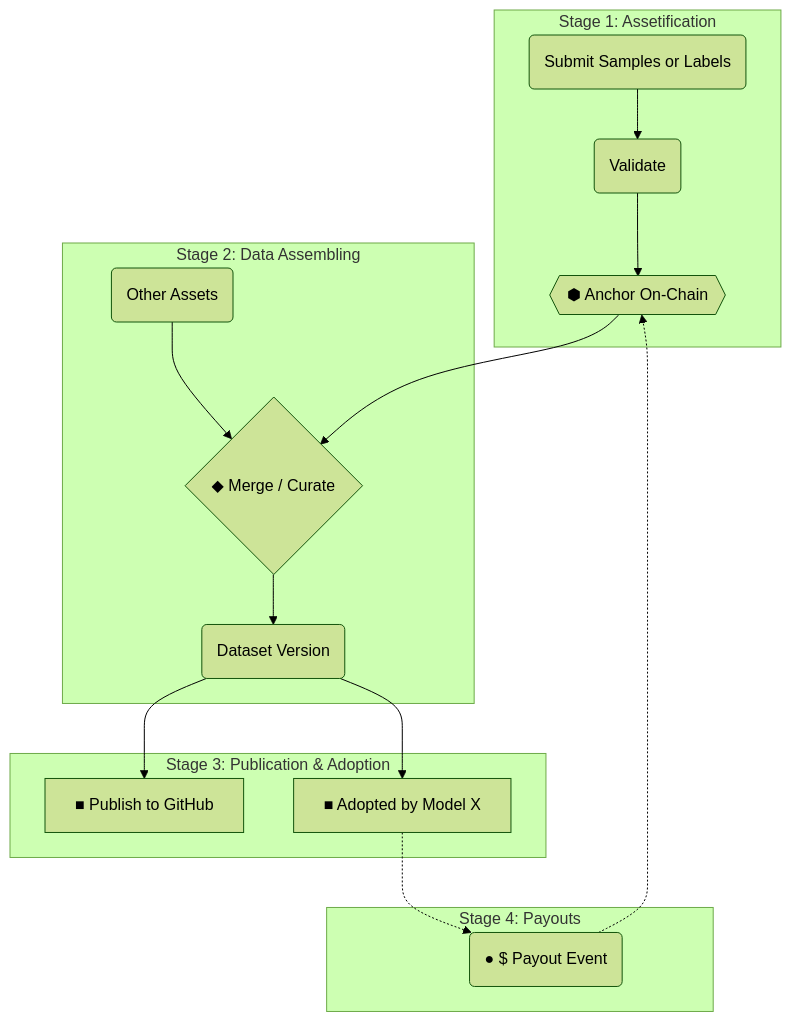
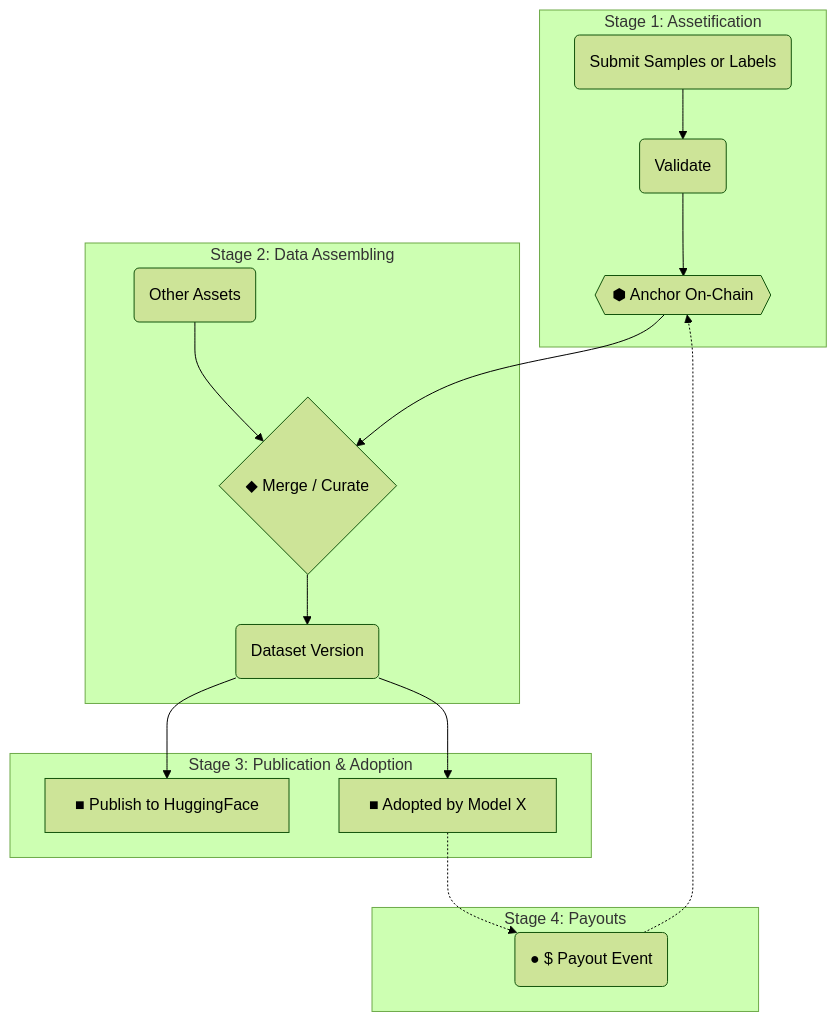
Before and after one commit to codatta/mintlify-docs: the diagram in cn/products/data-linage.mdx, drawn with Mermaid (forest theme). The commit also changed other lines of this file and 2 other files, not shown here.

Commit message:
docs: switch publication target to HuggingFace and add references

````diff
--- a/cn/products/data-linage.mdx
+++ b/cn/products/data-linage.mdx
@@ -15,25 +15,25 @@
 ```mermaid
 graph TB
     %% Data Lineage Flow
 
     subgraph Stage1 [Stage 1: Assetification]
         S1(Submit Samples or Labels) --> V1(Validate)
         V1 --> ANCHOR{{⬢ Anchor On-Chain}}
     end
 
     subgraph Stage2 [Stage 2: Data Assembling]
         ANCHOR --> M1{◆ Merge / Curate}
         ExtAsset(Other Assets) --> M1
         M1 --> DS(Dataset Version)
     end
 
     subgraph Stage3 [Stage 3: Publication & Adoption]
-        DS --> PUB[■ Publish to GitHub]
+        DS --> PUB[■ Publish to HuggingFace]
         DS --> ADOPT[■ Adopted by Model X]
     end
 
     subgraph Stage4 [Stage 4: Payouts]
         ADOPT -.-> PAY(● $ Payout Event)
         PAY -..-> ANCHOR
     end
 ```
````
